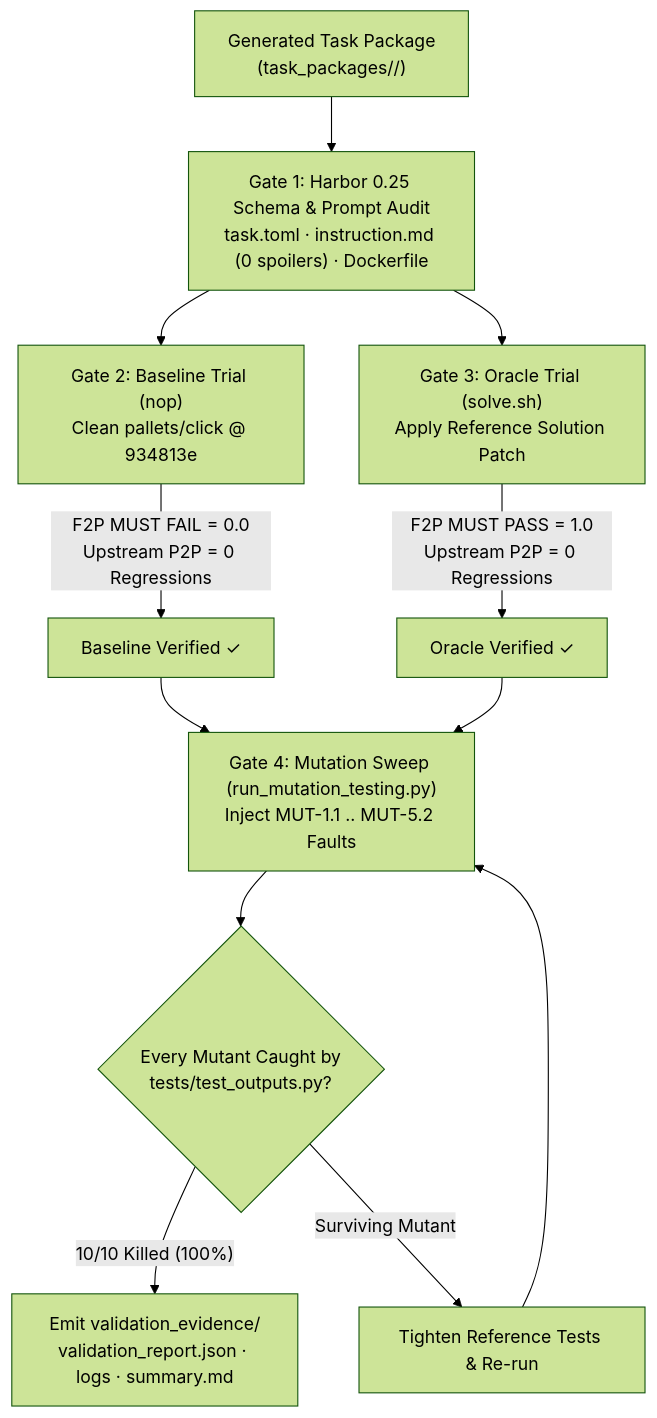
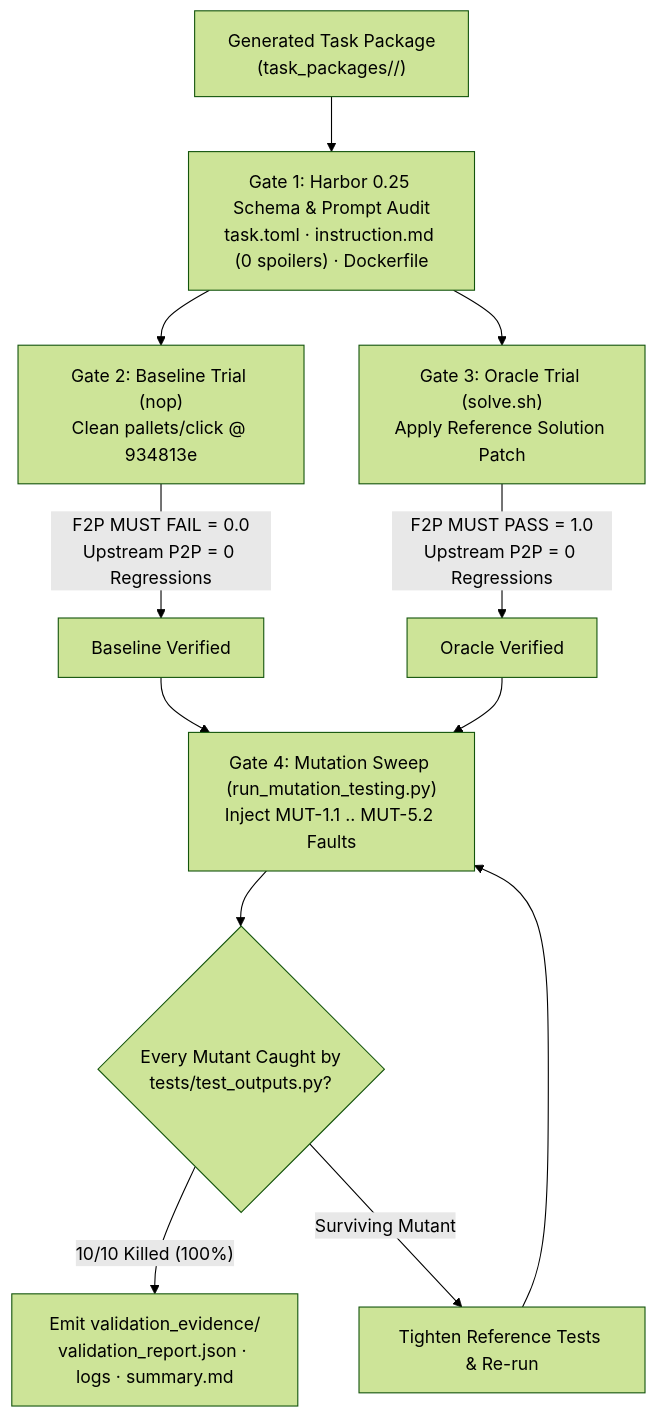
One commit to Ranjeet7680/AI-Powered-Coding-Challenge-Developer-Assessment-Platform changed the second of 2 diagrams in wiki/TaskForge-Pipeline.md. Above: the diagram before and after it, drawn with Mermaid (forest theme). The commit also changed 8 other files, not shown here.

Commit message:
docs(readme,wiki): update documentation, SVG headers, and architecture wiki

````diff
--- a/wiki/TaskForge-Pipeline.md
+++ b/wiki/TaskForge-Pipeline.md
@@ -48,15 +48,15 @@
 ```mermaid
 flowchart TD
   Start["Generated Task Package<br/>(task_packages/<id>/)"] --> Schema["Gate 1: Harbor 0.25 Schema &amp; Prompt Audit<br/>task.toml · instruction.md (0 spoilers) · Dockerfile"]
 
   Schema --> Base["Gate 2: Baseline Trial (nop)<br/>Clean pallets/click @ 934813e"]
   Schema --> Oracle["Gate 3: Oracle Trial (solve.sh)<br/>Apply Reference Solution Patch"]
 
-  Base -->|"F2P MUST FAIL = 0.0<br/>Upstream P2P = 0 Regressions"| BaseOK["Baseline Verified ✓"]
-  Oracle -->|"F2P MUST PASS = 1.0<br/>Upstream P2P = 0 Regressions"| OracleOK["Oracle Verified ✓"]
+  Base -->|"F2P MUST FAIL = 0.0<br/>Upstream P2P = 0 Regressions"| BaseOK["Baseline Verified"]
+  Oracle -->|"F2P MUST PASS = 1.0<br/>Upstream P2P = 0 Regressions"| OracleOK["Oracle Verified"]
 
   BaseOK & OracleOK --> Mutants["Gate 4: Mutation Sweep (run_mutation_testing.py)<br/>Inject MUT-1.1 .. MUT-5.2 Faults"]
   Mutants --> KillCheck{"Every Mutant Caught by<br/>tests/test_outputs.py?"}
   KillCheck -->|"10/10 Killed (100%)"| Evidence["Emit validation_evidence/<br/>validation_report.json · logs · summary.md"]
   KillCheck -->|"Surviving Mutant"| Strengthen["Tighten Reference Tests &amp; Re-run"] --> Mutants
 ```
````
